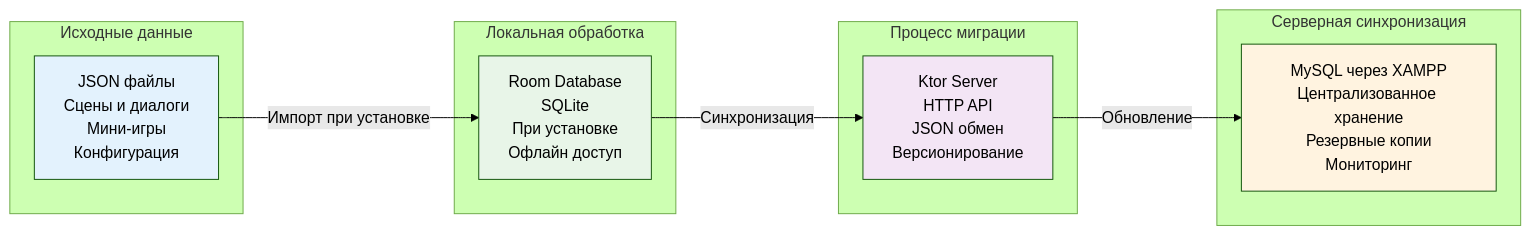
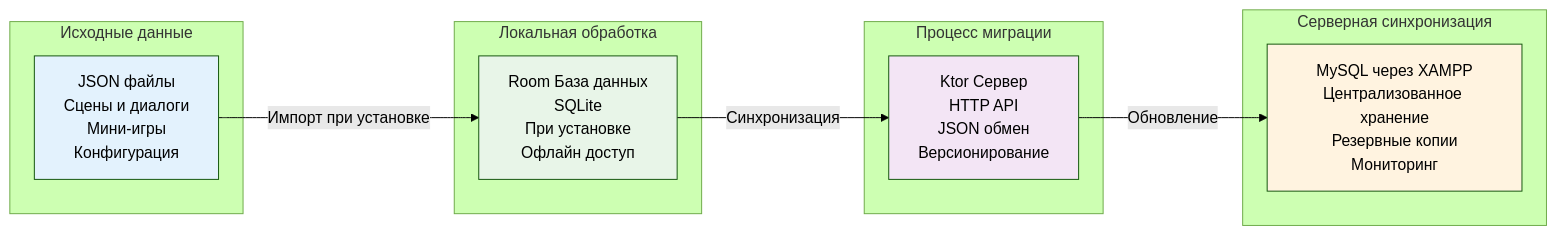
One commit to Angel-Energy/diplom- changed diagram 12 of 34 in ALL_DIAGRAMS.md. Above: the diagram before and after it, drawn with Mermaid (forest theme). The commit also changed other lines of this file and 7 other files, not shown here.

Commit message:
feat(diagrams): Fix diagram styles and update statistics

````diff
--- a/ALL_DIAGRAMS.md
+++ b/ALL_DIAGRAMS.md
@@ -400,22 +400,22 @@
 ```mermaid
 graph LR
     subgraph "Исходные данные"
         A[JSON файлы<br/>Сцены и диалоги<br/>Мини-игры<br/>Конфигурация]
     end
     subgraph "Локальная обработка"
-        B[Room Database<br/>SQLite<br/>При установке<br/>Офлайн доступ]
+        B[Room База данных<br/>SQLite<br/>При установке<br/>Офлайн доступ]
     end
     subgraph "Серверная синхронизация"
         C[MySQL через XAMPP<br/>Централизованное хранение<br/>Резервные копии<br/>Мониторинг]
     end
     subgraph "Процесс миграции"
-        D[Ktor Server<br/>HTTP API<br/>JSON обмен<br/>Версионирование]
+        D[Ktor Сервер<br/>HTTP API<br/>JSON обмен<br/>Версионирование]
     end
     A -->|Импорт при установке| B
     B -->|Синхронизация| D
     D -->|Обновление| C
     style A fill:#e3f2fd
     style B fill:#e8f5e8
     style C fill:#fff3e0
     style D fill:#f3e5f5
 ```
````
